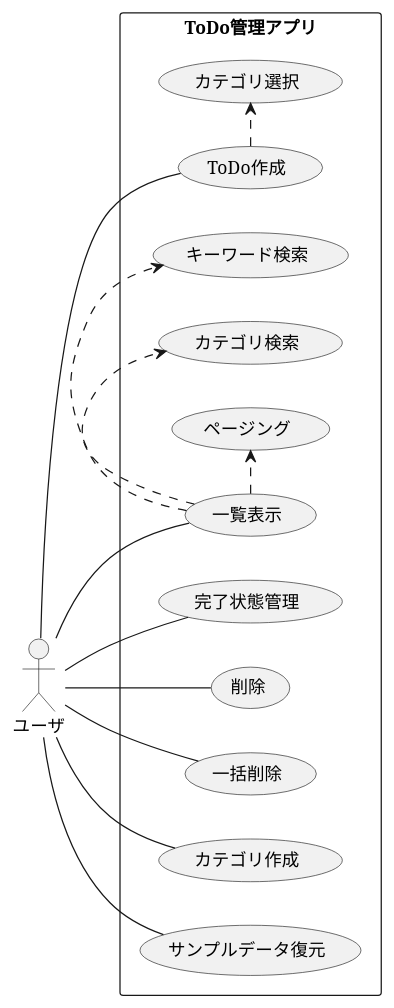
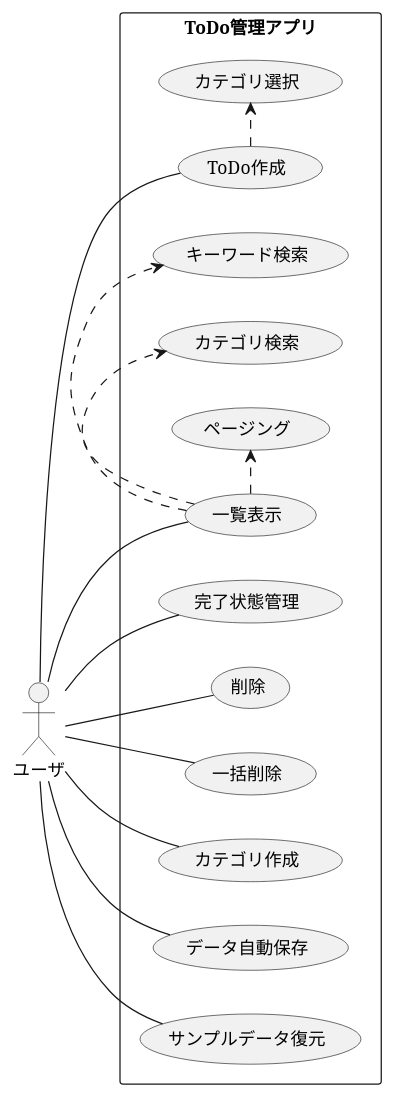
Before and after one commit to OnoYuta/app-todo-list: the diagram in docs/Usecase/ToDo.pu, drawn with PlantUML.

Commit message:
add auto save usecase to diagram

```diff
--- a/docs/Usecase/ToDo.pu
+++ b/docs/Usecase/ToDo.pu
@@ -1,18 +1,19 @@
 @startuml
 left to right direction
 skinparam packageStyle rectangle
 actor ユーザ
 rectangle ToDo管理アプリ {
   ユーザ -- (ToDo作成)
   (ToDo作成) .> (カテゴリ選択)
   ユーザ -- (完了状態管理)
   ユーザ -- (一覧表示)
   (一覧表示) .> (キーワード検索)
   (一覧表示) .> (カテゴリ検索)
   (一覧表示) .> (ページング)
   ユーザ -- (削除)
   ユーザ -- (一括削除)
   ユーザ -- (カテゴリ作成)
+  ユーザ -- (データ自動保存)
   ユーザ -- (サンプルデータ復元)
 }
 @enduml
```
